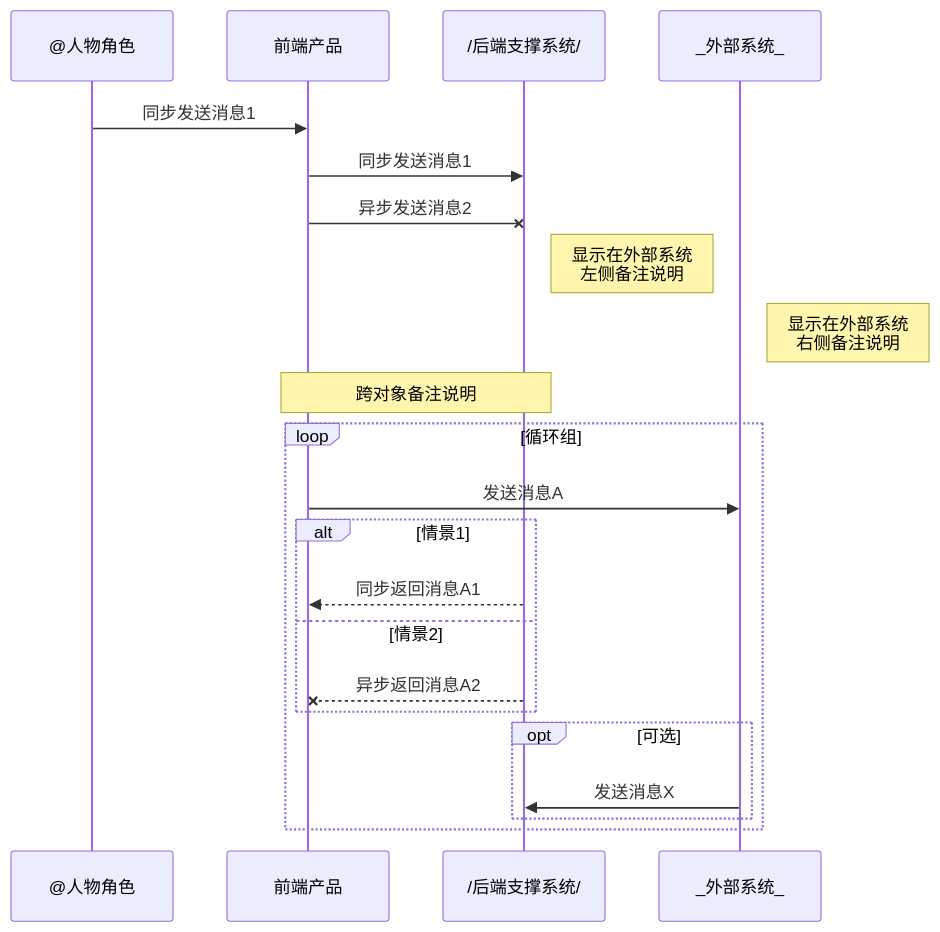
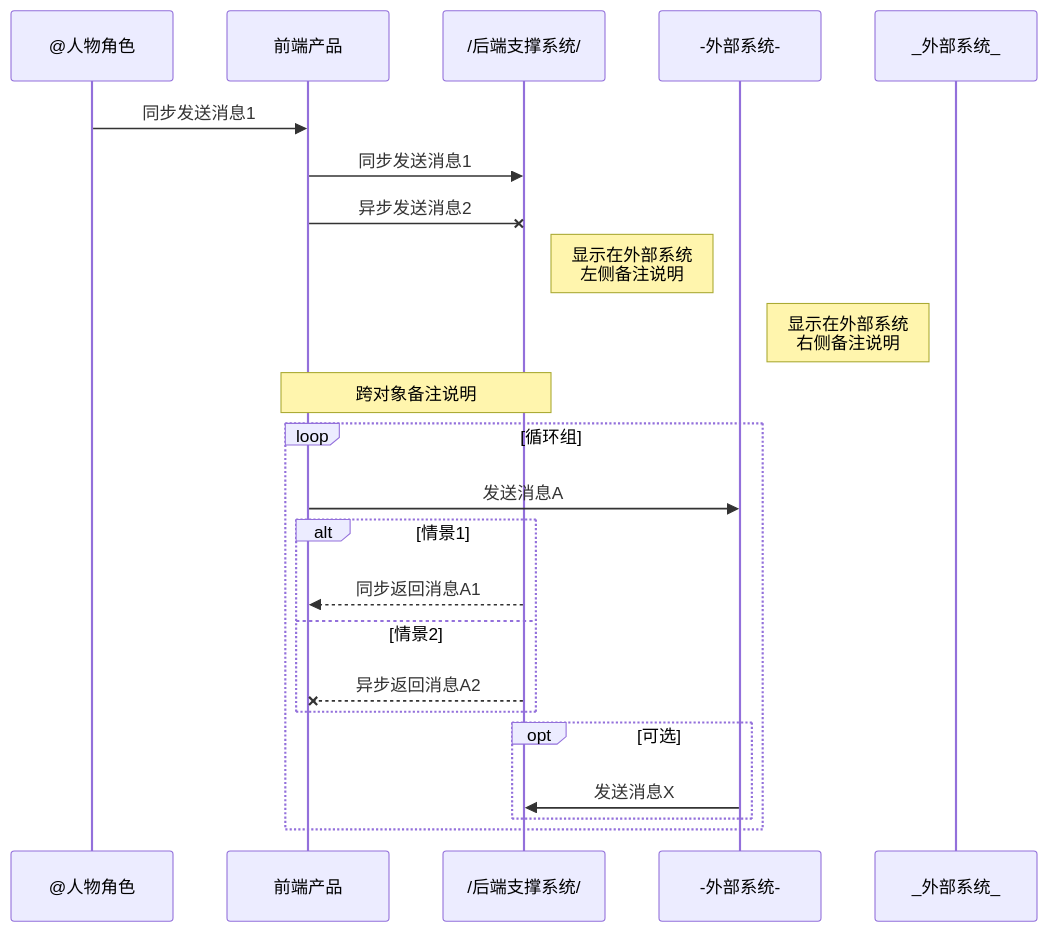
Before and after one commit to MadMaxChow/VLOOK: the third of 6 diagrams in src/md/Markdown风格画图脚本Demo.md, drawn with Mermaid. The commit also changed other lines of this file and 10 other files, not shown here.

````diff
--- a/src/md/Markdown风格画图脚本Demo.md
+++ b/src/md/Markdown风格画图脚本Demo.md
@@ -134,25 +140,26 @@
 ```mermaid
 sequenceDiagram
 participant User as @人物角色
 participant Client as 前端产品
 participant Server as /后端支撑系统/
-participant Extend as _外部系统_
+participant Extend as -外部系统-
+participant Extend2 as _外部系统_
 
 User ->> Client: 同步发送消息1
 Client ->> Server: 同步发送消息1
 Client -X Server: 异步发送消息2
 Note left of Extend: 显示在外部系统<br>左侧备注说明
 Note right of Extend: 显示在外部系统<br>右侧备注说明
 Note over Client,Server: 跨对象备注说明
 loop 循环组
 	Client ->> Extend: 发送消息A
 	alt 情景1
 		Server -->> Client: 同步返回消息A1
 	else 情景2
 		Server --X Client: 异步返回消息A2
 	end
 	opt 可选
 		Extend ->> Server: 发送消息X
 	end
 end
 ```
````
